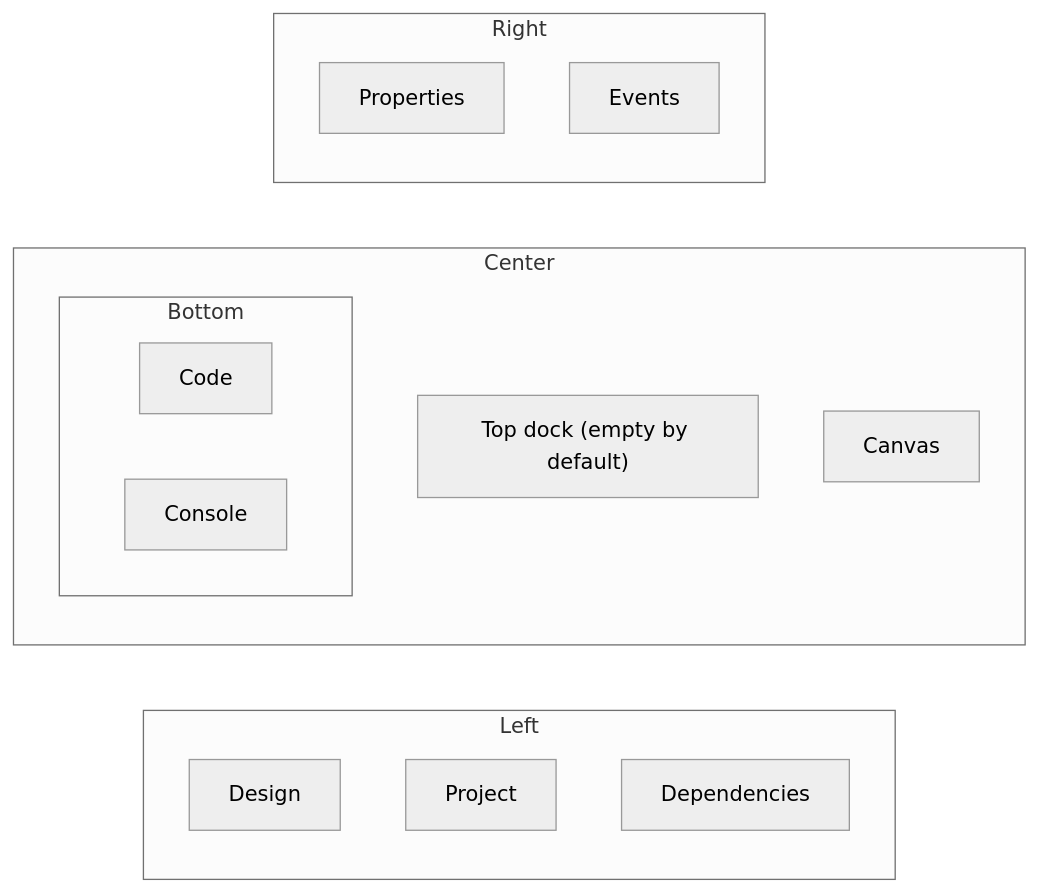
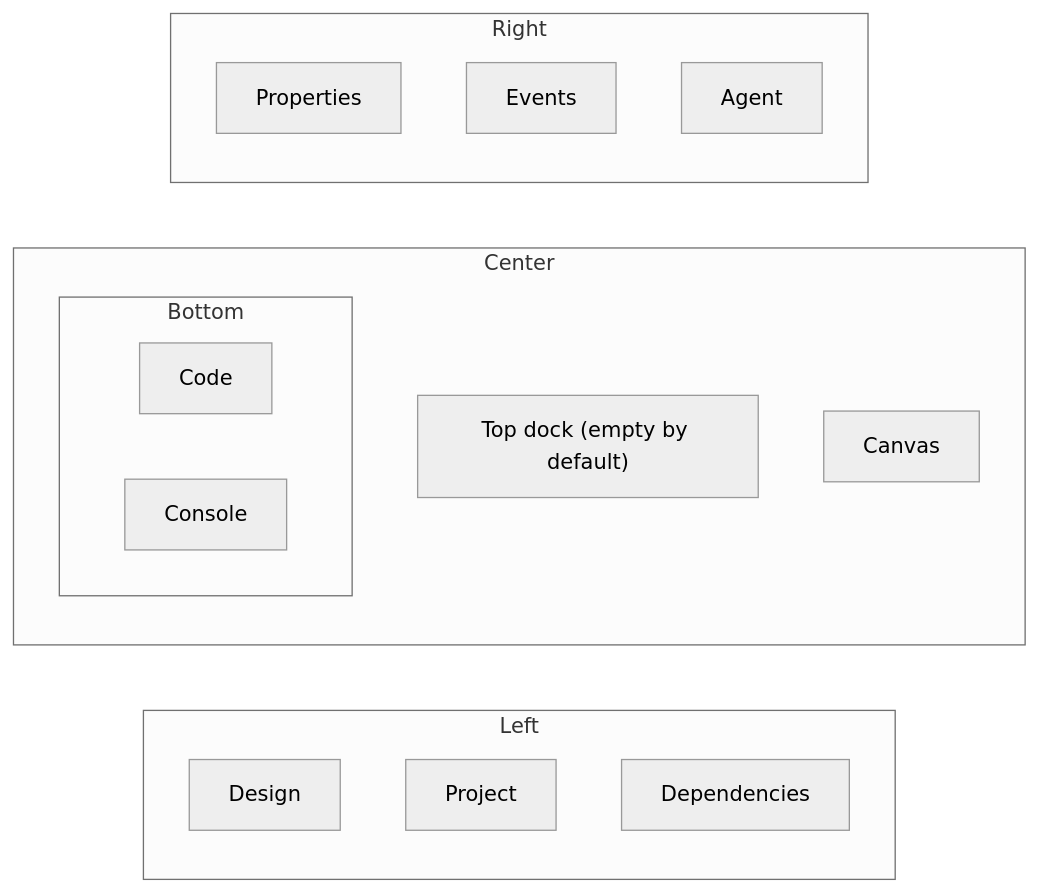
The diagram in docs/src/content/docs/editor/menus-and-commands.md (albakore/pyzed), drawn with Mermaid (neutral theme) before and after one commit. The commit also changed other lines of this file and 17 other files, not shown here.

````diff
--- a/docs/src/content/docs/editor/menus-and-commands.md
+++ b/docs/src/content/docs/editor/menus-and-commands.md
@@ -147,20 +153,21 @@
 ```mermaid
 flowchart LR
     subgraph Left
         Design
         Project
         Dependencies
     end
     subgraph Center
         Top["Top dock (empty by default)"]
         Canvas
         subgraph Bottom
             Code
             Console
         end
     end
     subgraph Right
         Properties
         Events
+        Agent
     end
 ```
````
